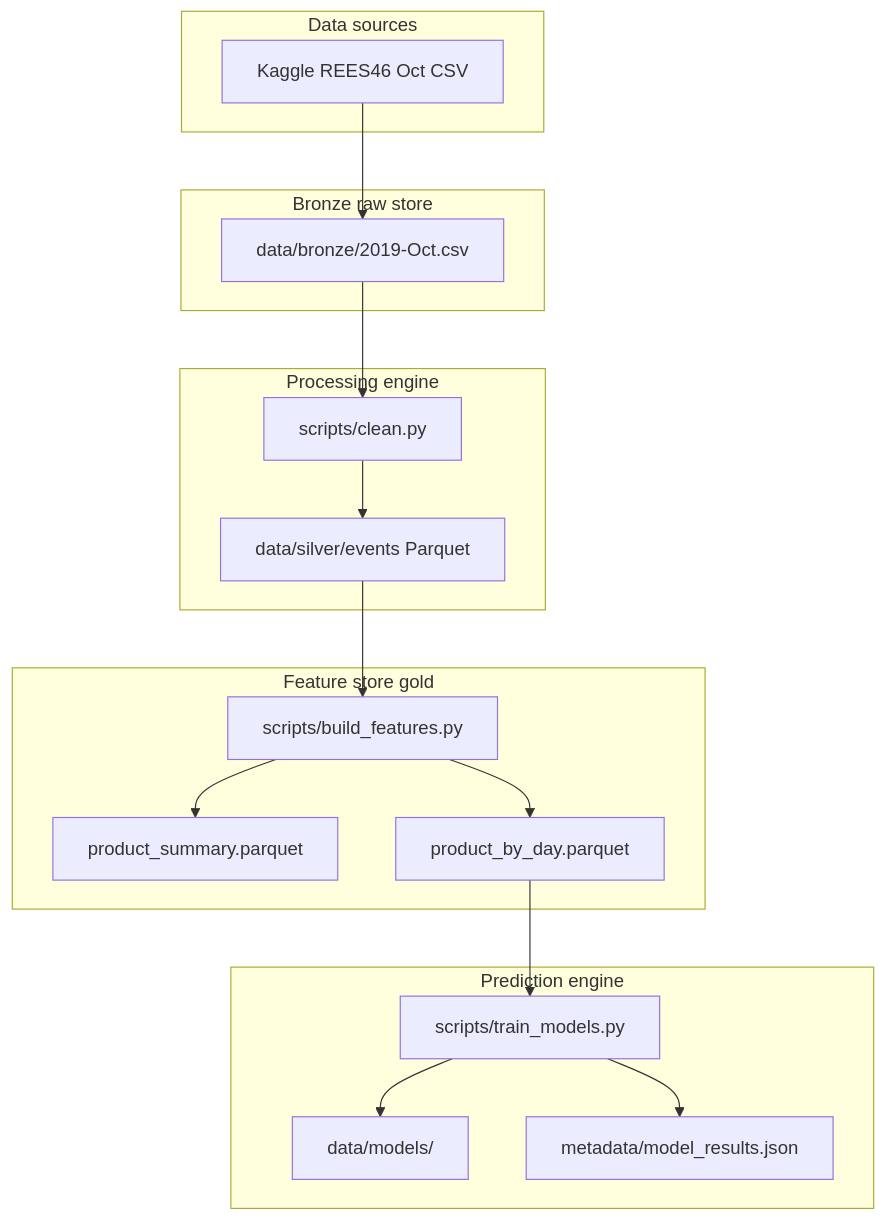
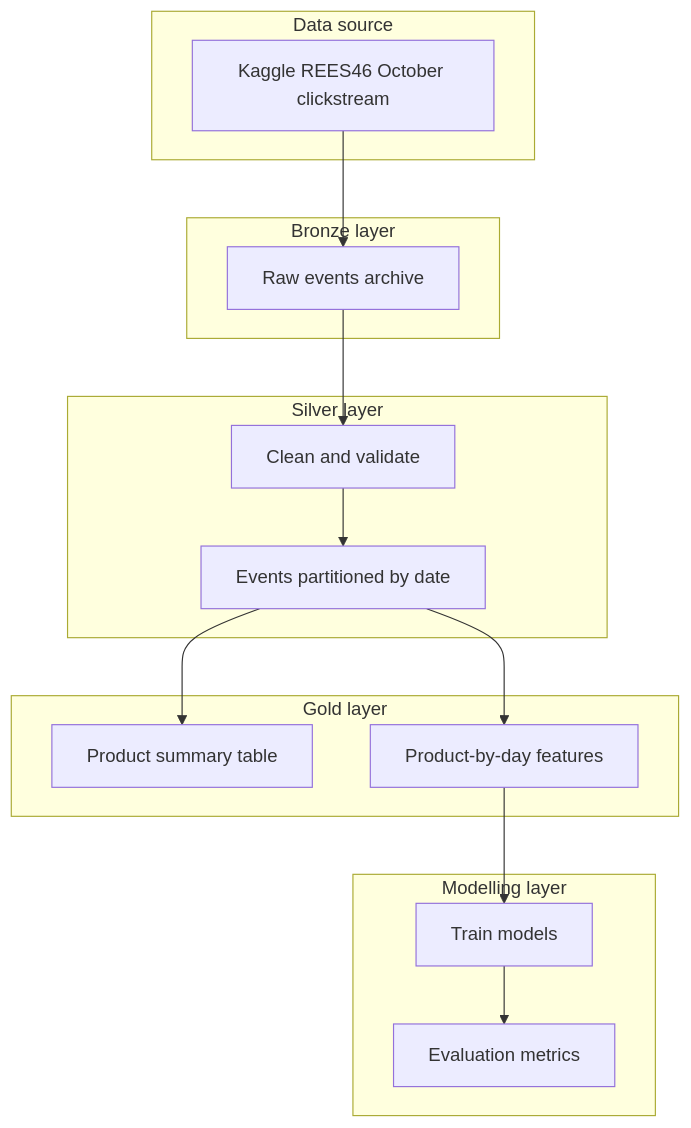
The diagram in docs/figures/architecture.md (VVBthe1/ecomm-clickstream-recommendation-engine), drawn with Mermaid before and after one commit. The commit also changed 5 other files, not shown here.

Commit message:
training based on oct 2019 data set.

````diff
--- a/docs/figures/architecture.md
+++ b/docs/figures/architecture.md
@@ -5,30 +5,26 @@
 ```mermaid
 flowchart TB
-  subgraph sources [Data sources]
-    Kaggle[Kaggle REES46 Oct CSV]
+  subgraph sources [Data source]
+    Kaggle[Kaggle REES46 October clickstream]
   end
-  subgraph bronze [Bronze raw store]
-    Raw[data/bronze/2019-Oct.csv]
+  subgraph bronze [Bronze layer]
+    Raw[Raw events archive]
   end
-  subgraph processing [Processing engine]
-    Clean[scripts/clean.py]
-    Silver[data/silver/events Parquet]
+  subgraph silver [Silver layer]
+    Clean[Clean and validate]
+    Events[Events partitioned by date]
   end
-  subgraph features [Feature store gold]
-    Build[scripts/build_features.py]
-    Summary[product_summary.parquet]
-    Daily[product_by_day.parquet]
+  subgraph gold [Gold layer]
+    Summary[Product summary table]
+    Daily[Product-by-day features]
   end
-  subgraph prediction [Prediction engine]
-    Train[scripts/train_models.py]
-    Models[data/models/]
-    Results[metadata/model_results.json]
+  subgraph ml [Modelling layer]
+    Train[Train models]
+    Eval[Evaluation metrics]
   end
   Kaggle --> Raw
-  Raw --> Clean --> Silver
-  Silver --> Build
-  Build --> Summary
-  Build --> Daily
-  Daily --> Train --> Models
-  Train --> Results
+  Raw --> Clean --> Events
+  Events --> Summary
+  Events --> Daily
+  Daily --> Train --> Eval
 ```
````
